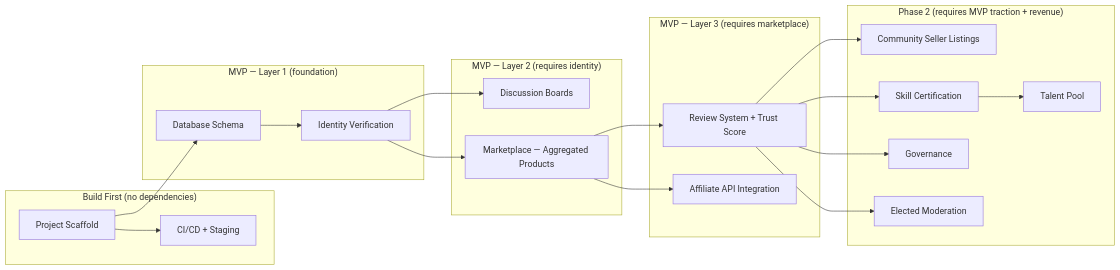
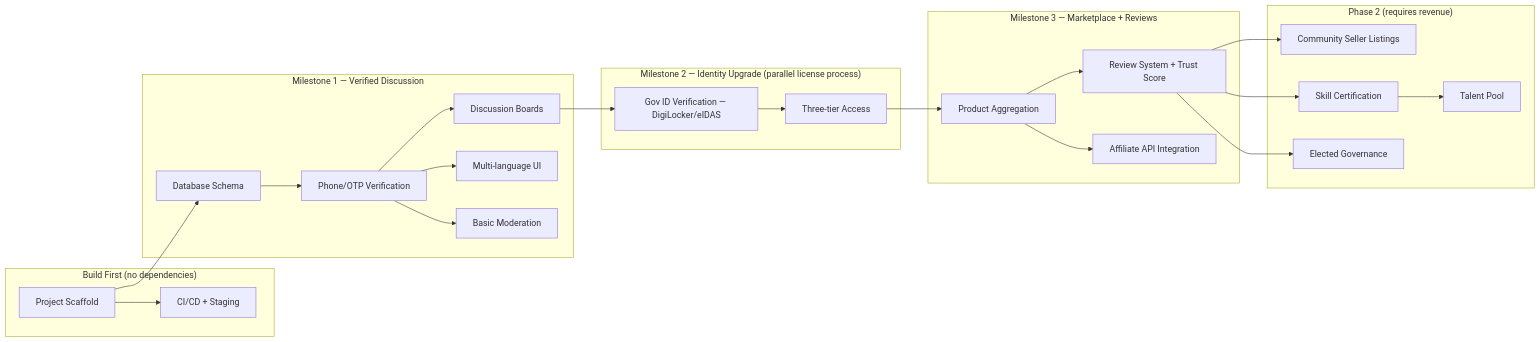
The third of 4 diagrams in docs/diagrams.md (thecounterweight/platform), drawn with Mermaid before and after one commit. The commit also changed 3 other files, not shown here.

Commit message:
Split MVP into 3 milestones: discussion first, identity when licensed, marketplace when APIs approved

````diff
--- a/docs/diagrams.md
+++ b/docs/diagrams.md
@@ -46,43 +46,49 @@
 ```mermaid
 flowchart LR
     subgraph "Build First (no dependencies)"
         SCAFFOLD[Project Scaffold]
         INFRA[CI/CD + Staging]
     end
 
-    subgraph "MVP — Layer 1 (foundation)"
-        IDENTITY[Identity Verification]
+    subgraph "Milestone 1 — Verified Discussion"
+        PHONE[Phone/OTP Verification]
         DB[Database Schema]
+        DISCUSSION[Discussion Boards]
+        I18N[Multi-language UI]
+        MOD[Basic Moderation]
     end
 
-    subgraph "MVP — Layer 2 (requires identity)"
-        DISCUSSION[Discussion Boards]
-        MARKETPLACE[Marketplace — Aggregated Products]
+    subgraph "Milestone 2 — Identity Upgrade (parallel license process)"
+        IDENTITY[Gov ID Verification — DigiLocker/eIDAS]
+        TIERS[Three-tier Access]
     end
 
-    subgraph "MVP — Layer 3 (requires marketplace)"
+    subgraph "Milestone 3 — Marketplace + Reviews"
+        MARKETPLACE[Product Aggregation]
         REVIEWS[Review System + Trust Score]
         AFFILIATE[Affiliate API Integration]
     end
 
-    subgraph "Phase 2 (requires MVP traction + revenue)"
+    subgraph "Phase 2 (requires revenue)"
         SELLERS[Community Seller Listings]
         CERTIFICATION[Skill Certification]
         TALENT[Talent Pool]
-        GOVERNANCE[Governance]
-        MODERATION[Elected Moderation]
+        GOVERNANCE[Elected Governance]
     end
 
     SCAFFOLD --> DB
     SCAFFOLD --> INFRA
-    DB --> IDENTITY
-    IDENTITY --> DISCUSSION
-    IDENTITY --> MARKETPLACE
+    DB --> PHONE
+    PHONE --> DISCUSSION
+    PHONE --> I18N
+    PHONE --> MOD
+    DISCUSSION --> IDENTITY
+    IDENTITY --> TIERS
+    TIERS --> MARKETPLACE
     MARKETPLACE --> REVIEWS
     MARKETPLACE --> AFFILIATE
     REVIEWS --> SELLERS
     REVIEWS --> CERTIFICATION
     CERTIFICATION --> TALENT
     REVIEWS --> GOVERNANCE
-    REVIEWS --> MODERATION
 ```
````
